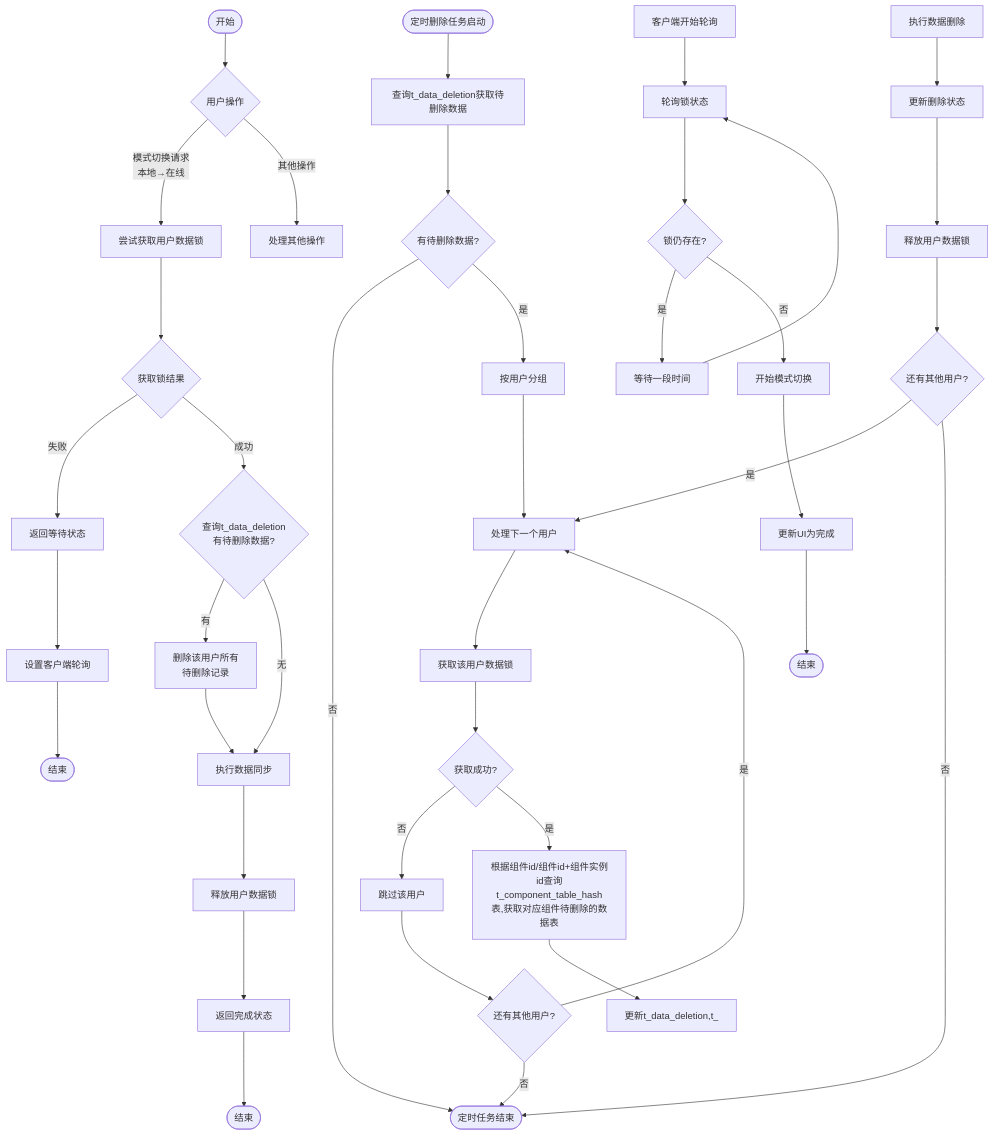
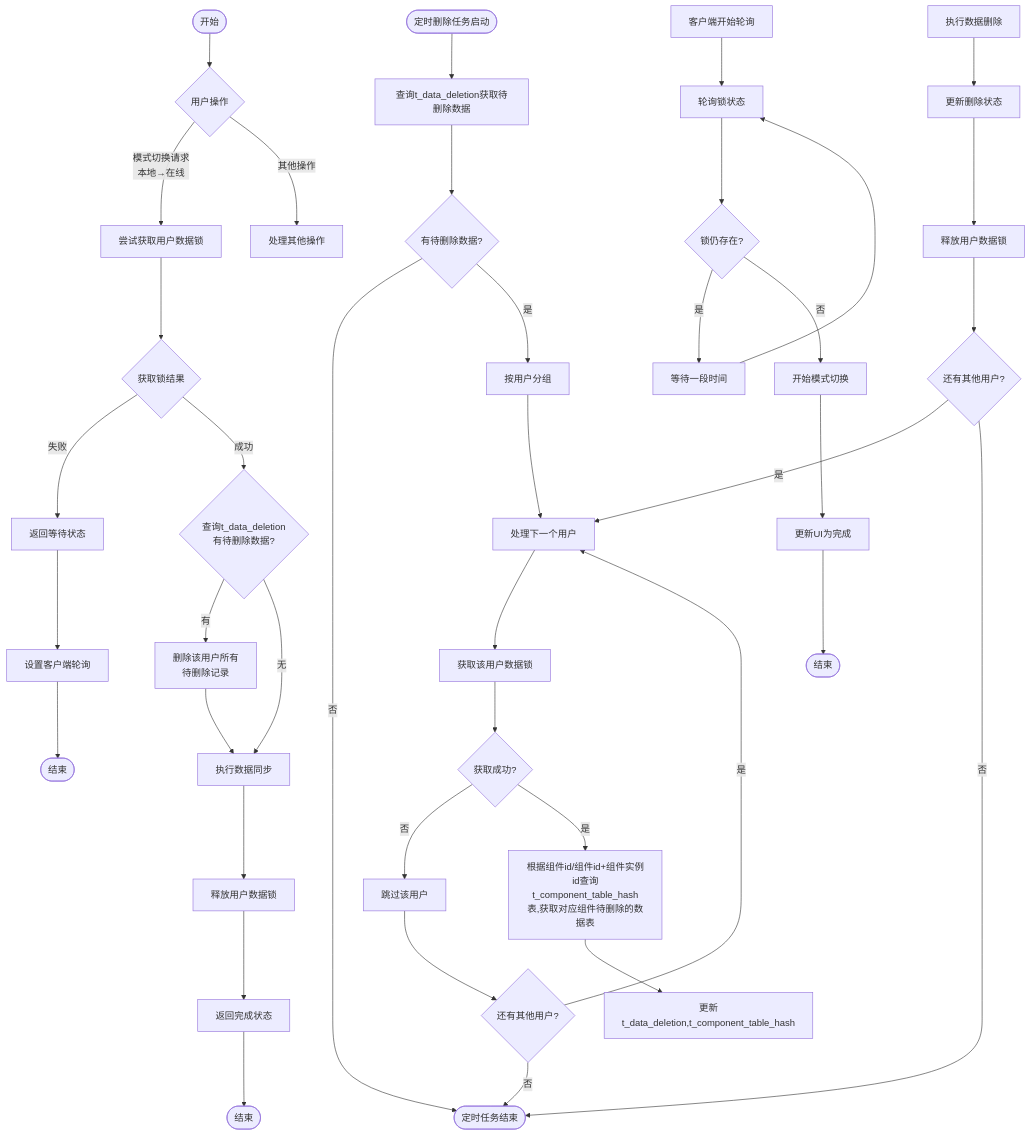
Before and after one commit to yingjianzh/iodraw-files: the diagram in all/未命名-57.md, drawn with Mermaid.

Commit message:
2025-05-12 11:22:56 update

````diff
--- a/all/未命名-57.md
+++ b/all/未命名-57.md
@@ -1,62 +1,62 @@
 ```mermaid
 flowchart TD
     %% 主要分支
     Start([开始]) --> UserAction{用户操作}
     UserAction -->|模式切换请求\n本地→在线| TryLock[尝试获取用户数据锁]
     UserAction -->|其他操作| OtherOps[处理其他操作]
     
     %% 定时删除任务分支
     ScheduledTask([定时删除任务启动]) --> QueryDeletions[查询t_data_deletion获取待删除数据]
     QueryDeletions --> HasTasks{有待删除数据?}
     HasTasks -->|否| TaskEnd([定时任务结束])
     HasTasks -->|是| GroupByUser[按用户分组]
     
     %% 处理用户数据删除
     GroupByUser --> ProcessNextUser[处理下一个用户]
     ProcessNextUser --> AcquireLock[获取该用户数据锁]
     AcquireLock --> LockSuccess{获取成功?}
     
     LockSuccess -->|否| SkipUser[跳过该用户]
     SkipUser --> MoreUsers1{还有其他用户?}
     MoreUsers1 -->|是| ProcessNextUser
     MoreUsers1 -->|否| TaskEnd
     
     LockSuccess -->|是| GetData[根据组件id/组件id+组件实例id查询t_component_table_hash表,获取对应组件待删除的数据表]
     
-    GetData --> UpdateData[更新t_data_deletion,t_]
+    GetData --> UpdateData[更新t_data_deletion,t_component_table_hash]
     DeleteData[执行数据删除]
     DeleteData --> UpdateStatus[更新删除状态]
     UpdateStatus --> ReleaseLock[释放用户数据锁]
     ReleaseLock --> MoreUsers2{还有其他用户?}
     MoreUsers2 -->|是| ProcessNextUser
     MoreUsers2 -->|否| TaskEnd
     
     %% 模式切换流程
     TryLock --> LockResult{获取锁结果}
     
     LockResult -->|失败| ReturnWaiting[返回等待状态]
     ReturnWaiting --> SetupPolling[设置客户端轮询]
     SetupPolling --> End1([结束])
     
     LockResult -->|成功| CheckPendingDeletion{查询t_data_deletion\n有待删除数据?}
     
     CheckPendingDeletion -->|有| RemoveDeletionRecords[删除该用户所有\n待删除记录]
     RemoveDeletionRecords --> PerformSync[执行数据同步]
     
     CheckPendingDeletion -->|无| PerformSync
     
     PerformSync --> ReleaseSwitchLock[释放用户数据锁]
     ReleaseSwitchLock --> ReturnComplete[返回完成状态]
     ReturnComplete --> End2([结束])
     
     %% 客户端轮询
     ClientPolling[客户端开始轮询] --> PollLockStatus[轮询锁状态]
     PollLockStatus --> StillLocked{锁仍存在?}
     
     StillLocked -->|是| WaitInterval[等待一段时间]
     WaitInterval --> PollLockStatus
     
     StillLocked -->|否| StartSwitch[开始模式切换]
     StartSwitch --> CompleteUI[更新UI为完成]
     CompleteUI --> End3([结束])
 ```
````
